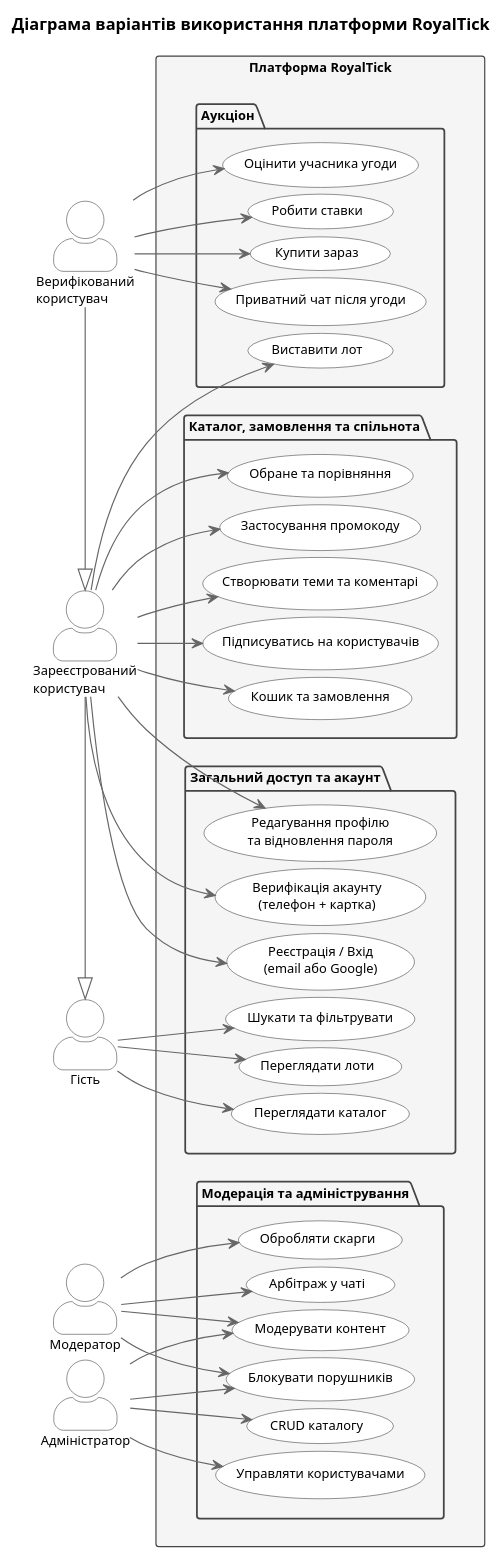
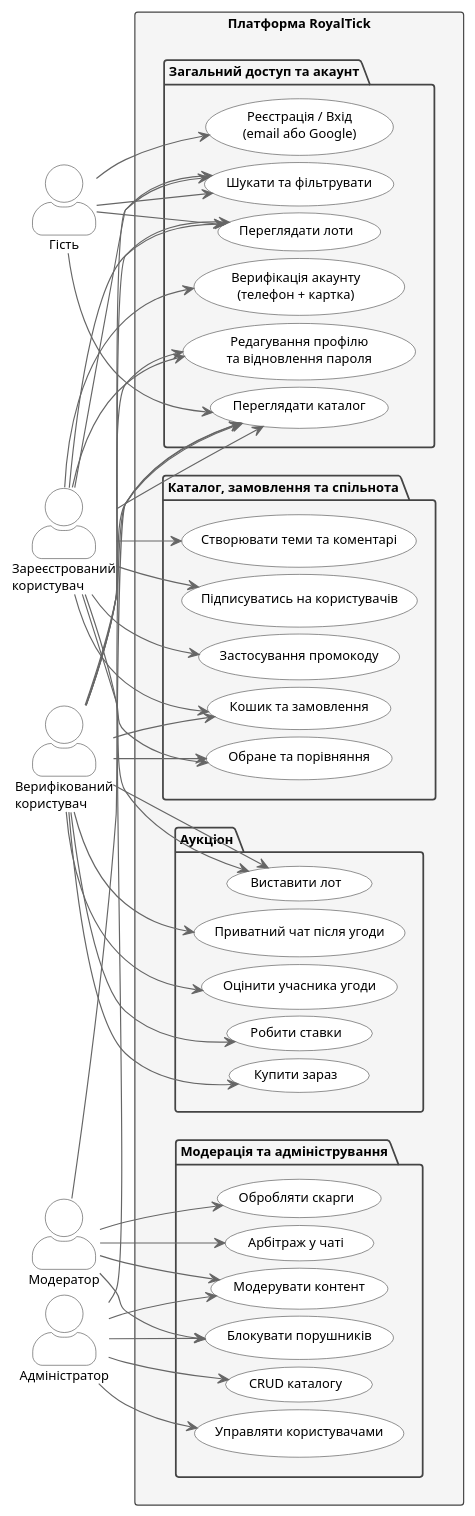
Before and after one commit to ViktorMinaylenko/RoyalTick: the diagram in diagrams/use_case.puml, drawn with PlantUML. The commit also changed 82 other files, not shown here.

```diff
--- a/diagrams/use_case.puml
+++ b/diagrams/use_case.puml
@@ -1,94 +1,101 @@
 @startuml
 left to right direction
 skinparam backgroundColor #FFFFFF
 skinparam defaultFontName Arial
 skinparam defaultFontSize 11
 skinparam actorStyle awesome
 skinparam usecaseBorderColor #444444
 skinparam usecaseBackgroundColor #FFFFFF
 skinparam actorBorderColor #444444
 skinparam actorBackgroundColor #FFFFFF
 skinparam ArrowColor #666666
 skinparam packageBorderColor #444444
 skinparam packageBackgroundColor #F5F5F5
 skinparam packageFontStyle bold
 skinparam nodesep 6
 skinparam ranksep 28
 
-title Діаграма варіантів використання платформи RoyalTick
-
 actor "Гість" as G
 actor "Зареєстрований\nкористувач" as U
 actor "Верифікований\nкористувач" as V
 actor "Модератор" as M
 actor "Адміністратор" as A
-
-U -|> G
-V -|> U
 
 rectangle "Платформа RoyalTick" {
 
   package "Загальний доступ та акаунт" as P1 {
     usecase "Переглядати каталог" as UC1
     usecase "Шукати та фільтрувати" as UC2
     usecase "Переглядати лоти" as UC3
     usecase "Реєстрація / Вхід\n(email або Google)" as UC4
     usecase "Редагування профілю\nта відновлення пароля" as UC5
     usecase "Верифікація акаунту\n(телефон + картка)" as UC6
   }
 
   package "Каталог, замовлення та спільнота" as P2 {
     usecase "Кошик та замовлення" as UC7
     usecase "Обране та порівняння" as UC8
     usecase "Застосування промокоду" as UC9
     usecase "Створювати теми та коментарі" as UC10
     usecase "Підписуватись на користувачів" as UC11
   }
 
   package "Аукціон" as P3 {
     usecase "Виставити лот" as UC12
     usecase "Робити ставки" as UC13
     usecase "Купити зараз" as UC14
     usecase "Приватний чат після угоди" as UC15
     usecase "Оцінити учасника угоди" as UC16
   }
 
   package "Модерація та адміністрування" as P4 {
     usecase "Модерувати контент" as UC17
     usecase "Обробляти скарги" as UC18
     usecase "Арбітраж у чаті" as UC19
     usecase "Блокувати порушників" as UC20
     usecase "CRUD каталогу" as UC21
     usecase "Управляти користувачами" as UC22
   }
 }
 
 G --> UC1
 G --> UC2
 G --> UC3
+G --> UC4
 
-U --> UC4
+U --> UC1
+U --> UC2
+U --> UC3
 U --> UC5
 U --> UC6
 U --> UC7
 U --> UC8
 U --> UC9
 U --> UC10
 U --> UC11
 U --> UC12
 
+V --> UC1
+V --> UC2
+V --> UC3
+V --> UC5
+V --> UC7
+V --> UC8
+V --> UC12
 V --> UC13
 V --> UC14
 V --> UC15
 V --> UC16
 
+M --> UC1
 M --> UC17
 M --> UC18
 M --> UC19
 M --> UC20
 
+A --> UC1
+A --> UC17
+A --> UC20
 A --> UC21
 A --> UC22
-A --> UC17
-A --> UC20
 @enduml
```
